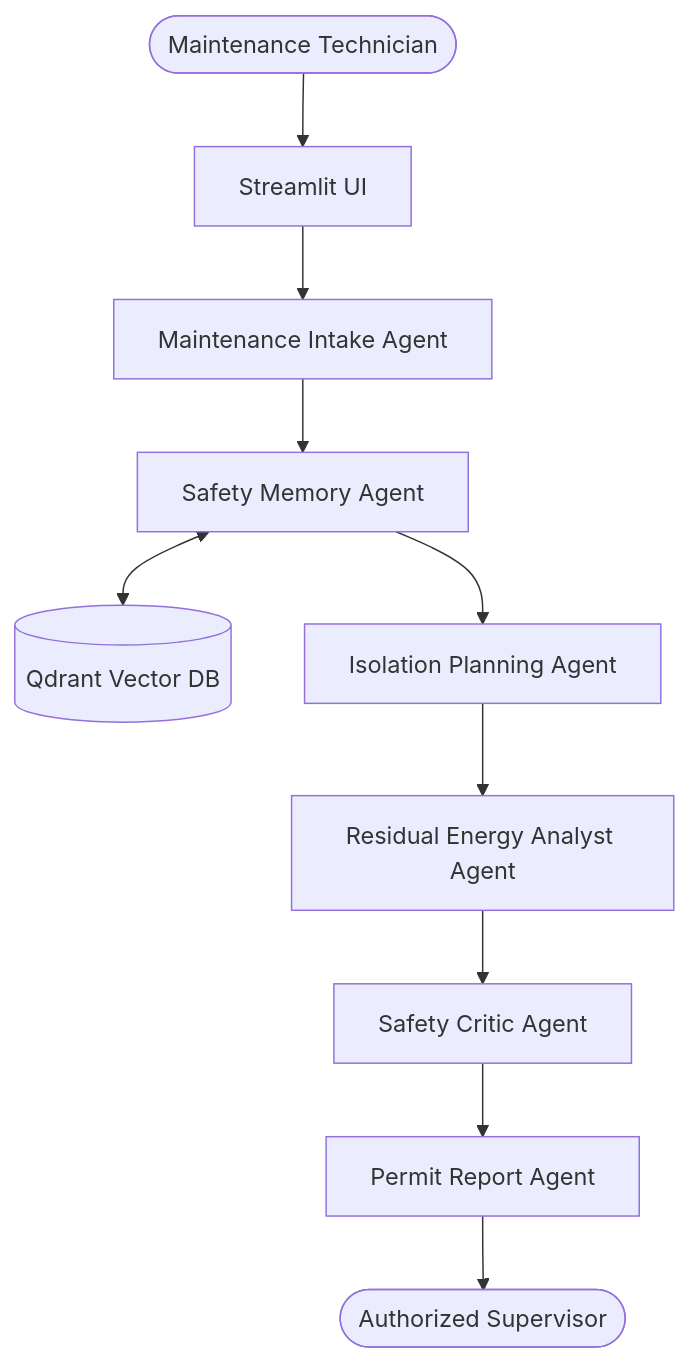
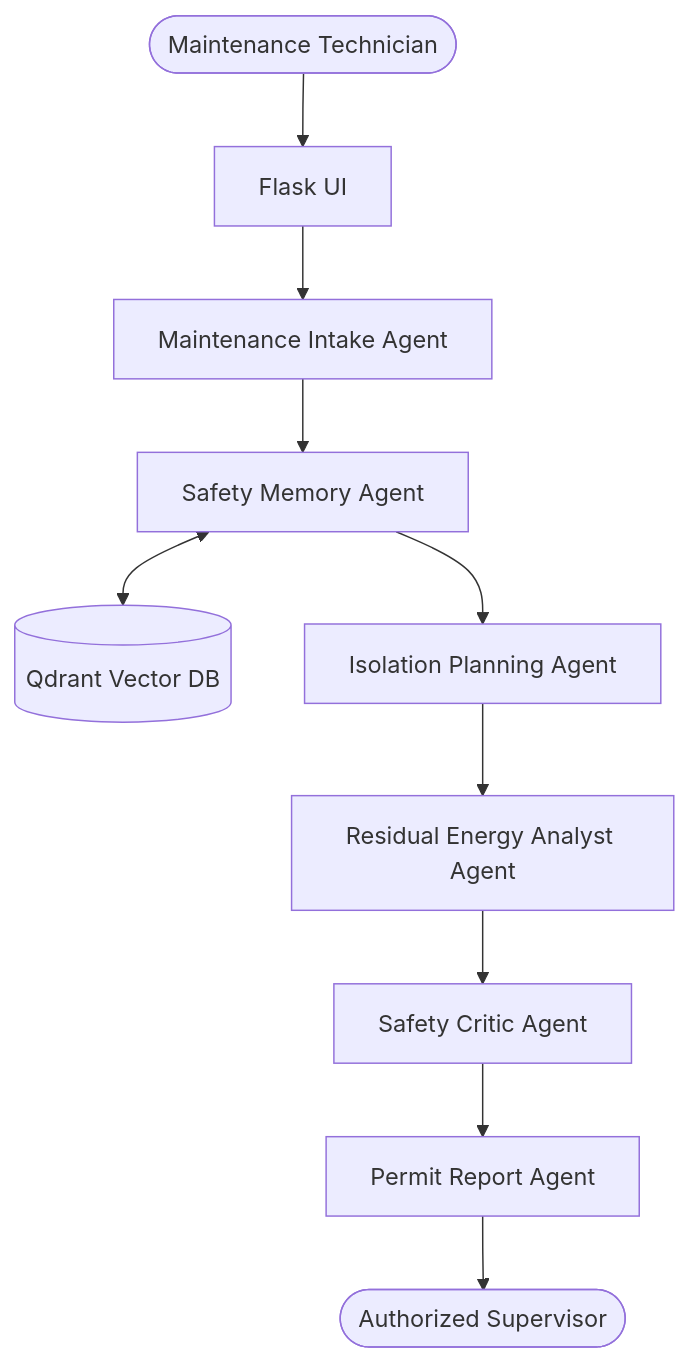
Before and after one commit to Kishore-52/zera-ai-agent: the first of 2 diagrams in README.md, drawn with Mermaid. The commit also changed other lines of this file, not shown here.

````diff
--- a/README.md
+++ b/README.md
@@ -28,12 +28,12 @@
 ```mermaid
 graph TD
-    User([Maintenance Technician]) --> UI[Streamlit UI]
+    User([Maintenance Technician]) --> UI[Flask UI]
     UI --> Intake[Maintenance Intake Agent]
     Intake --> Memory[Safety Memory Agent]
     Memory <--> Qdrant[(Qdrant Vector DB)]
     Memory --> Planning[Isolation Planning Agent]
     Planning --> Analyst[Residual Energy Analyst Agent]
     Analyst --> Critic[Safety Critic Agent]
     Critic --> Report[Permit Report Agent]
     Report --> Auth([Authorized Supervisor])
 ```
````
